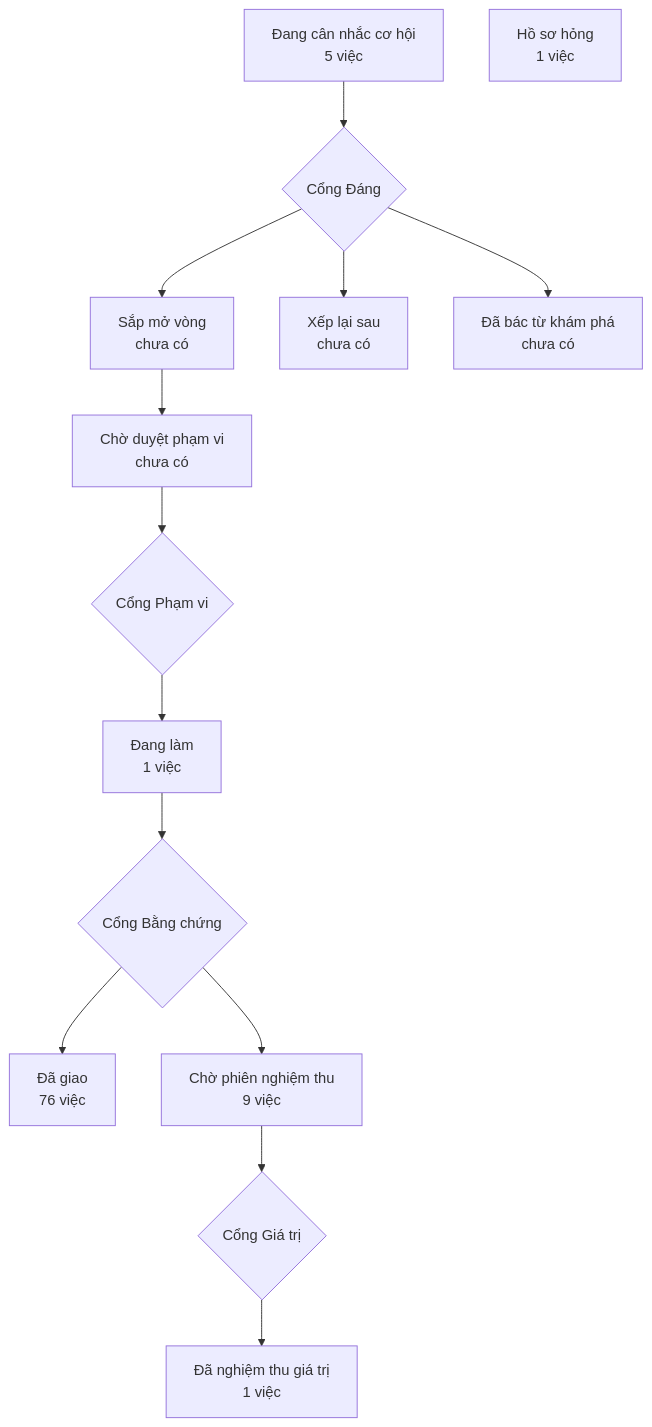
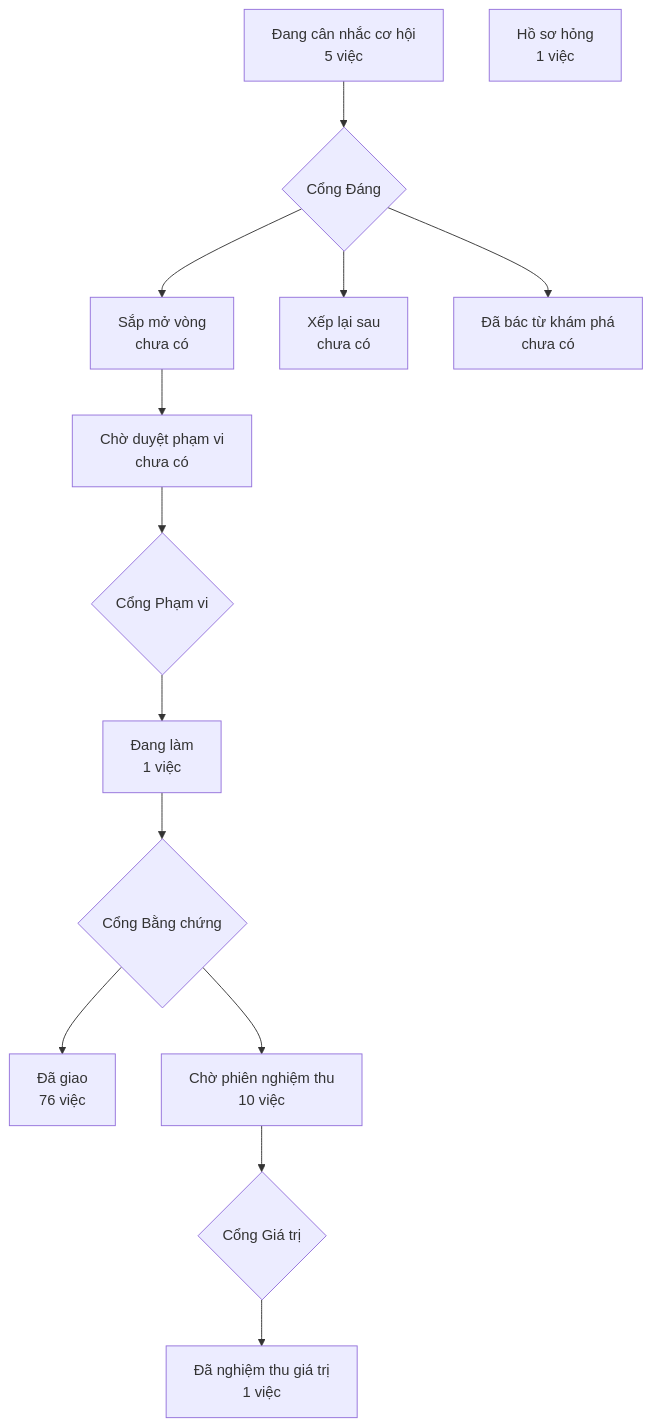
One commit to phanlemanh/crm-onehub changed the diagram in PRODUCT-MAP.md. Above: the diagram before and after it, drawn with Mermaid. The commit also changed other lines of this file, not shown here.

Commit message:
chore: vẽ lại PRODUCT-MAP.md sau gộp onehub #139 và lượt ghim lại

````diff
--- a/PRODUCT-MAP.md
+++ b/PRODUCT-MAP.md
@@ -6,13 +6,13 @@
 ```mermaid
 flowchart TD
   A["Đang cân nhắc cơ hội<br/>5 việc"] --> GD{"Cổng Đáng"}
   GD --> B["Sắp mở vòng<br/>chưa có"]
   GD --> XL["Xếp lại sau<br/>chưa có"]
   GD --> DB["Đã bác từ khám phá<br/>chưa có"]
   B --> CD["Chờ duyệt phạm vi<br/>chưa có"] --> GP{"Cổng Phạm vi"}
   GP --> DL["Đang làm<br/>1 việc"] --> GB{"Cổng Bằng chứng"}
   GB --> DG["Đã giao<br/>76 việc"]
-  GB --> CN["Chờ phiên nghiệm thu<br/>9 việc"] --> GG{"Cổng Giá trị"}
+  GB --> CN["Chờ phiên nghiệm thu<br/>10 việc"] --> GG{"Cổng Giá trị"}
   GG --> NT["Đã nghiệm thu giá trị<br/>1 việc"]
   HS["Hồ sơ hỏng<br/>1 việc"]
 ```
````
